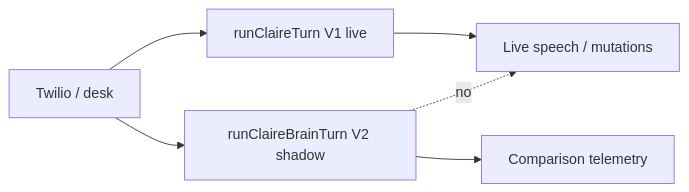
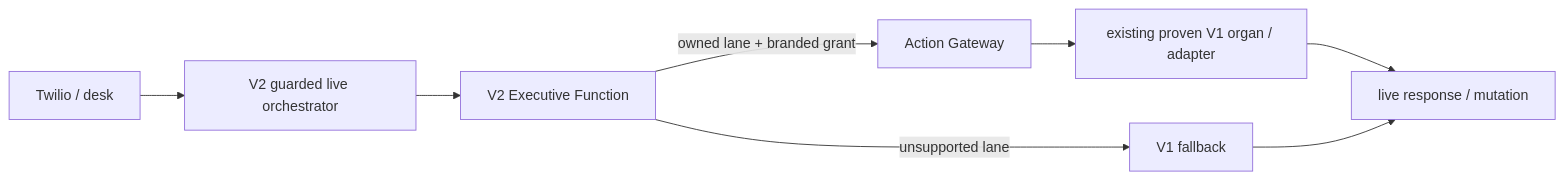
Before and after one commit to adamwright83-blip/bldg-admin-api: the second of 2 diagrams in docs/claire-brain-v2.md, drawn with Mermaid. The commit also changed other lines of this file and 4 other files, not shown here.

Commit message:
docs: mark Brain V2 Stage C guarded cutover

````diff
--- a/docs/claire-brain-v2.md
+++ b/docs/claire-brain-v2.md
@@ -602,8 +605,10 @@
 ```mermaid
 flowchart LR
-  transport[Twilio / desk] --> v1[runClaireTurn V1 live]
-  transport --> shadow[runClaireBrainTurn V2 shadow]
-  v1 --> liveSpeak[Live speech / mutations]
-  shadow --> telemetry[Comparison telemetry]
-  shadow -.->|no| liveSpeak
+  transport[Twilio / desk] --> live[V2 guarded live orchestrator]
+  live --> executive[V2 Executive Function]
+  executive -->|owned lane + branded grant| gateway[Action Gateway]
+  gateway --> organ[existing proven V1 organ / adapter]
+  executive -->|unsupported lane| fallback[V1 fallback]
+  organ --> response[live response / mutation]
+  fallback --> response
 ```
````
